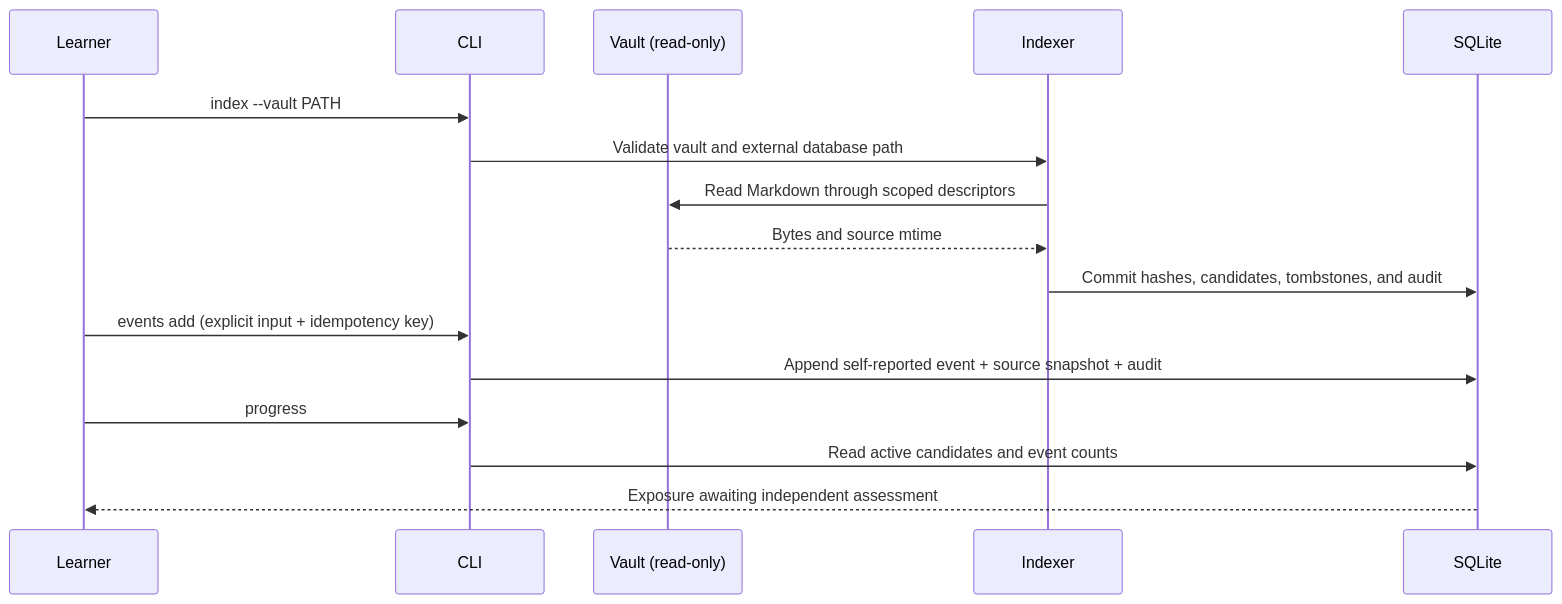
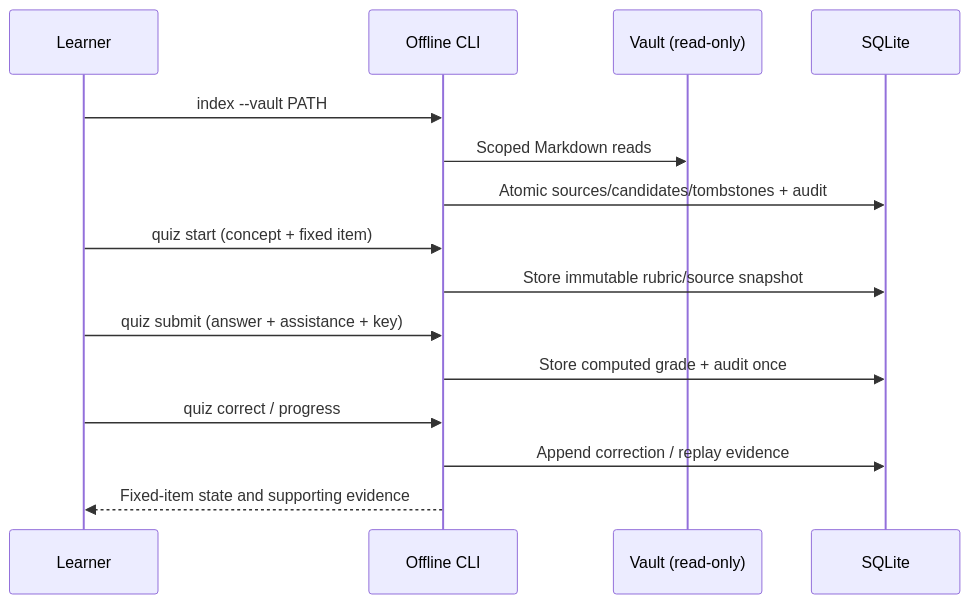
The diagram in README.md (Yanyi-He/studybuddy), drawn with Mermaid before and after one commit. The commit also changed other lines of this file and 41 other files, not shown here.

````diff
--- a/README.md
+++ b/README.md
@@ -119,18 +186,17 @@
 ```mermaid
 sequenceDiagram
     participant U as Learner
-    participant C as CLI
+    participant C as Offline CLI
     participant V as Vault (read-only)
-    participant I as Indexer
     participant D as SQLite
     U->>C: index --vault PATH
-    C->>I: Validate vault and external database path
-    I->>V: Read Markdown through scoped descriptors
-    V-->>I: Bytes and source mtime
-    I->>D: Commit hashes, candidates, tombstones, and audit
-    U->>C: events add (explicit input + idempotency key)
-    C->>D: Append self-reported event + source snapshot + audit
-    U->>C: progress
-    C->>D: Read active candidates and event counts
-    D-->>U: Exposure awaiting independent assessment
+    C->>V: Scoped Markdown reads
+    C->>D: Atomic sources/candidates/tombstones + audit
+    U->>C: quiz start (concept + fixed item)
+    C->>D: Store immutable rubric/source snapshot
+    U->>C: quiz submit (answer + assistance + key)
+    C->>D: Store computed grade + audit once
+    U->>C: quiz correct / progress
+    C->>D: Append correction / replay evidence
+    C-->>U: Fixed-item state and supporting evidence
 ```
````
